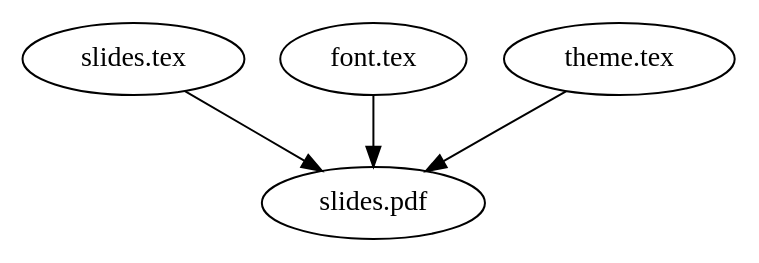
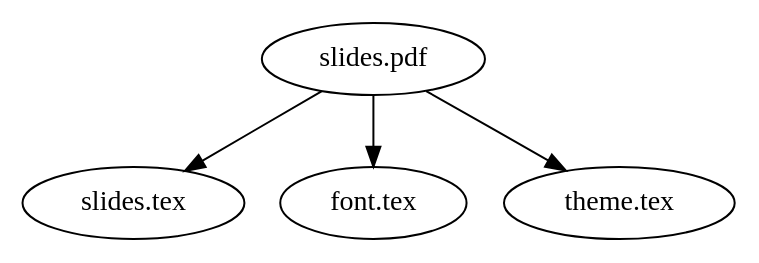
One commit to markus1189/how-this-presentation changed the diagram in graphviz/rules.dot. Above: the diagram before and after it, drawn with Graphviz. The commit also changed 4 other files, not shown here.

Commit message:
Slides and graphviz image

```diff
--- a/graphviz/rules.dot
+++ b/graphviz/rules.dot
@@ -1,6 +1,5 @@
 digraph G {
-    "slides.tex" -> "slides.pdf";
-
-    "font.tex" -> "slides.pdf";
-    "theme.tex" -> "slides.pdf";
+    "slides.pdf" -> "slides.tex";
+    "slides.pdf" -> "font.tex";
+    "slides.pdf" -> "theme.tex";
 }
```
